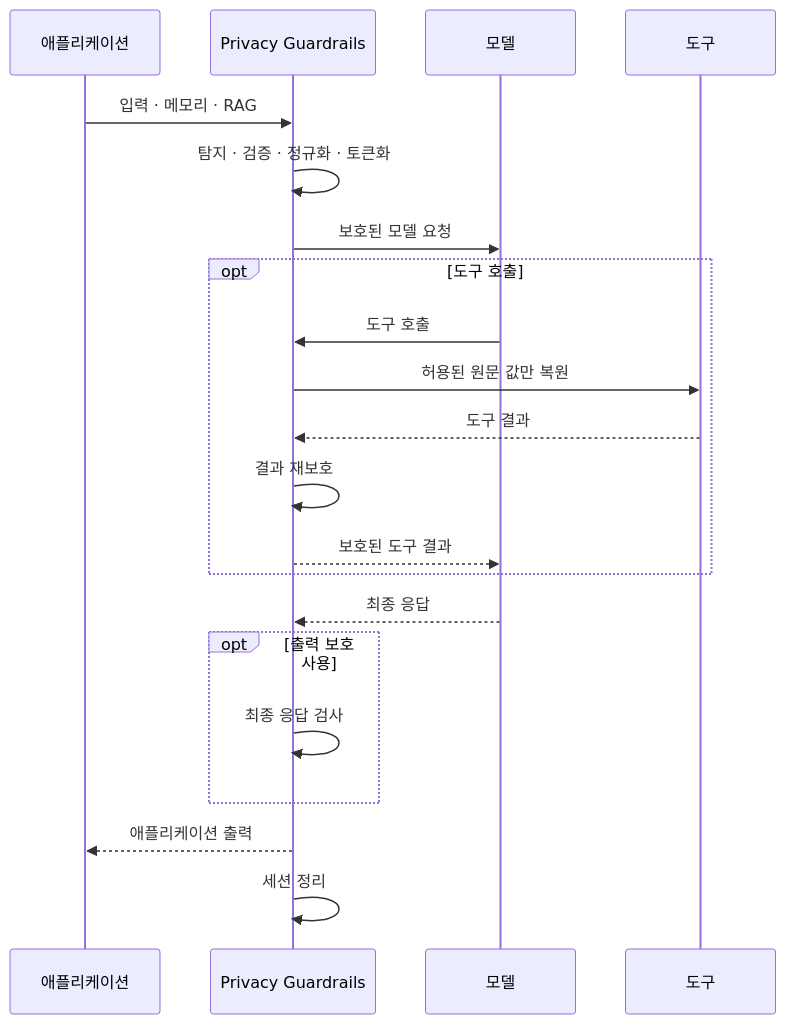
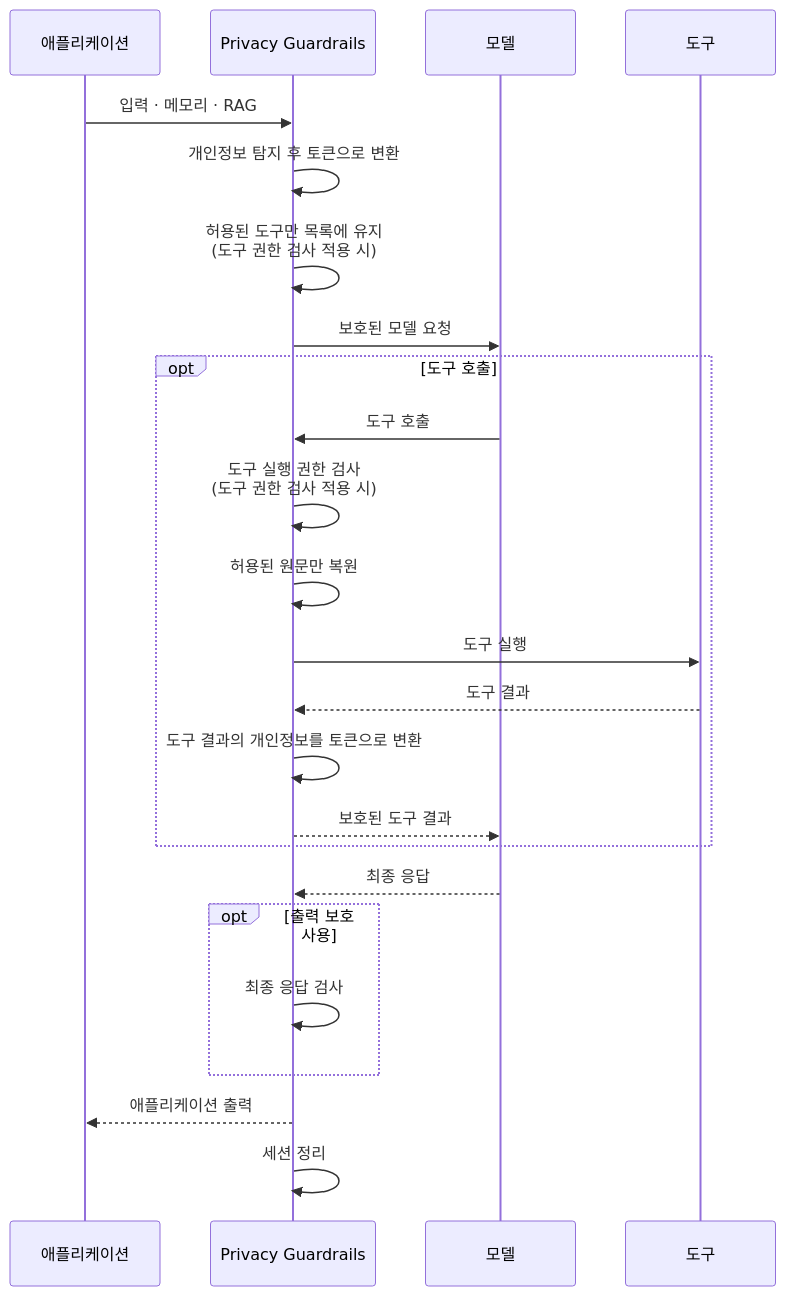
The third of 4 diagrams in docs/ko/architecture.md (ultramancode/spring-ai-privacy-guardrails), drawn with Mermaid before and after one commit. The commit also changed other lines of this file and 3 other files, not shown here.

Commit message:
docs: clarify privacy and tool authorization diagrams

````diff
--- a/docs/ko/architecture.md
+++ b/docs/ko/architecture.md
@@ -143,28 +145,35 @@
 ```mermaid
 sequenceDiagram
     participant A as 애플리케이션
     participant P as Privacy Guardrails
     participant M as 모델
     participant T as 도구
 
     A->>P: 입력 · 메모리 · RAG
-    P->>P: 탐지 · 검증 · 정규화 · 토큰화
+    P->>P: 개인정보 탐지 후 토큰으로 변환
+
+    P->>P: 허용된 도구만 목록에 유지<br/>(도구 권한 검사 적용 시)
+
     P->>M: 보호된 모델 요청
 
     opt 도구 호출
         M->>P: 도구 호출
-        P->>T: 허용된 원문 값만 복원
+
+        P->>P: 도구 실행 권한 검사<br/>(도구 권한 검사 적용 시)
+
+        P->>P: 허용된 원문만 복원
+        P->>T: 도구 실행
         T-->>P: 도구 결과
-        P->>P: 결과 재보호
+        P->>P: 도구 결과의 개인정보를 토큰으로 변환
         P-->>M: 보호된 도구 결과
     end
 
     M-->>P: 최종 응답
 
     opt 출력 보호 사용
         P->>P: 최종 응답 검사
     end
 
     P-->>A: 애플리케이션 출력
     P->>P: 세션 정리
 ```
````
